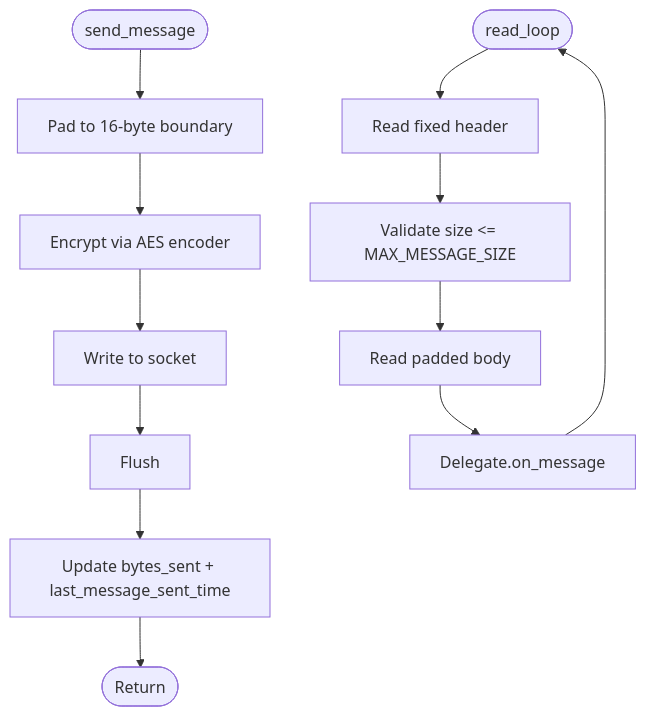
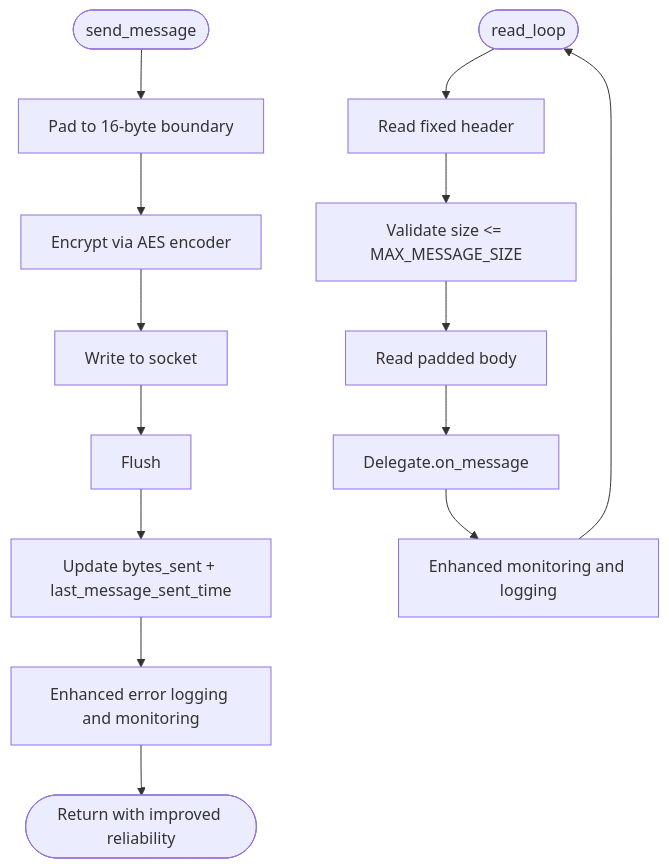
The fourth of 9 diagrams in .qoder/repowiki/en/content/Architecture Overview/Core Libraries/Network Library/Peer Connection Management.md (VIZ-Blockchain/viz-cpp-node), drawn with Mermaid before and after one commit. The commit also changed other lines of this file and 3 other files, not shown here.

````diff
--- a/.qoder/repowiki/en/content/Architecture Overview/Core Libraries/Network Library/Peer Connection Management.md
+++ b/.qoder/repowiki/en/content/Architecture Overview/Core Libraries/Network Library/Peer Connection Management.md
@@ -224,14 +235,16 @@
 ```mermaid
 flowchart TD
 Start(["send_message"]) --> Pad["Pad to 16-byte boundary"]
 Pad --> Encrypt["Encrypt via AES encoder"]
 Encrypt --> Write["Write to socket"]
 Write --> Flush["Flush"]
 Flush --> UpdateStats["Update bytes_sent + last_message_sent_time"]
-UpdateStats --> End(["Return"])
+UpdateStats --> EnhancedLogging["Enhanced error logging and monitoring"]
+EnhancedLogging --> End(["Return with improved reliability"])
 ReadLoopStart(["read_loop"]) --> ReadHeader["Read fixed header"]
 ReadHeader --> ValidateSize["Validate size <= MAX_MESSAGE_SIZE"]
 ValidateSize --> ReadBody["Read padded body"]
 ReadBody --> Dispatch["Delegate.on_message"]
-Dispatch --> ReadLoopStart
+Dispatch --> EnhancedMonitoring["Enhanced monitoring and logging"]
+EnhancedMonitoring --> ReadLoopStart
 ```
````
